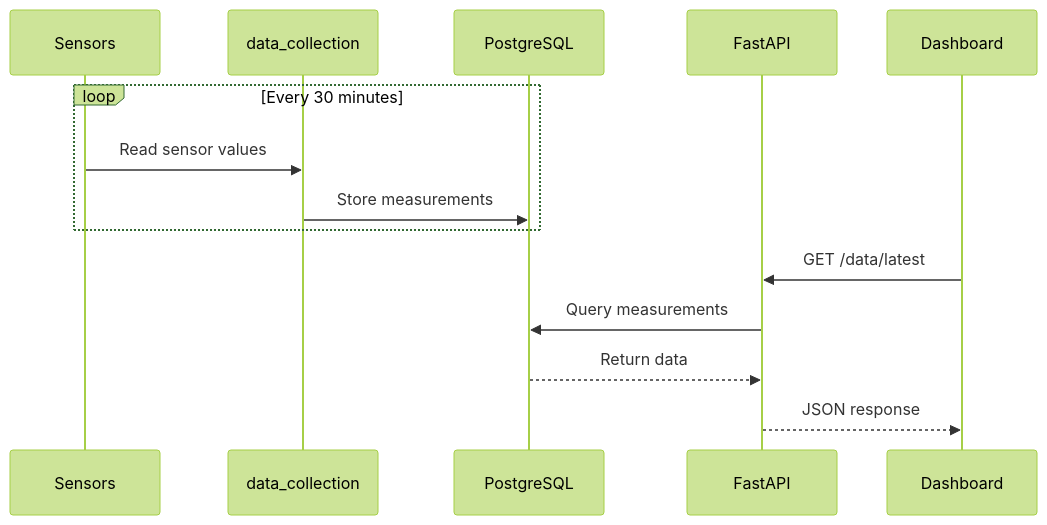
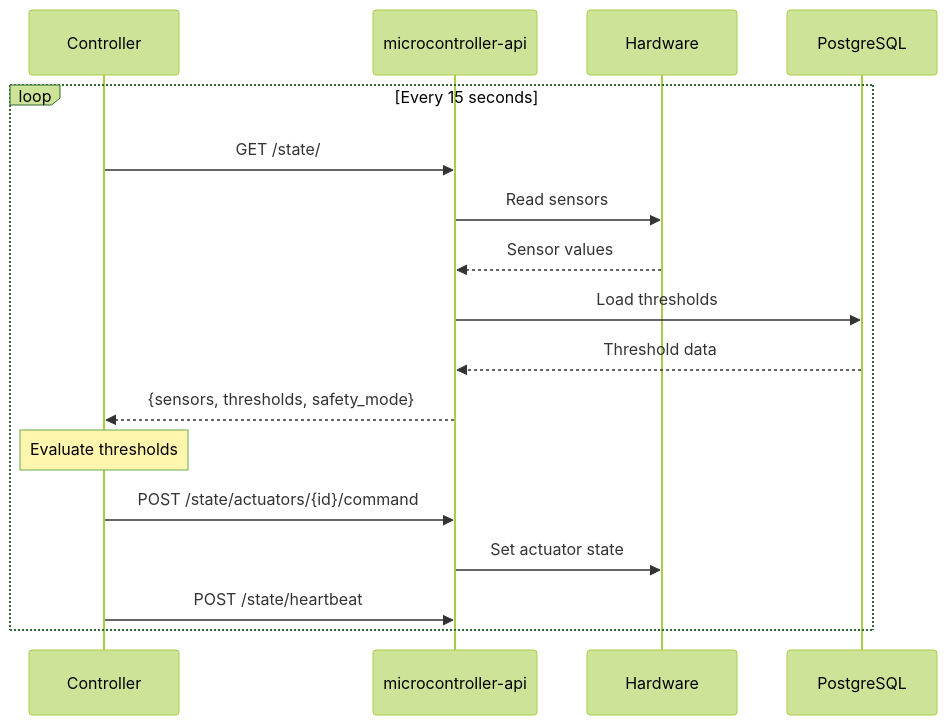
The second of 3 diagrams in docs/architecture/overview.md (GreenThumbProject/docs), drawn with Mermaid (forest theme) before and after one commit. The commit also changed other lines of this file and 17 other files, not shown here.

````diff
--- a/docs/architecture/overview.md
+++ b/docs/architecture/overview.md
@@ -105,18 +114,23 @@
 ```mermaid
 sequenceDiagram
-    participant S as Sensors
-    participant DC as data_collection
+    participant CTRL as Controller
+    participant API as microcontroller-api
+    participant HW as Hardware
     participant DB as PostgreSQL
-    participant API as FastAPI
-    participant UI as Dashboard
     
-    loop Every 30 minutes
-        S->>DC: Read sensor values
-        DC->>DB: Store measurements
+    loop Every 15 seconds
+        CTRL->>API: GET /state/
+        API->>HW: Read sensors
+        HW-->>API: Sensor values
+        API->>DB: Load thresholds
+        DB-->>API: Threshold data
+        API-->>CTRL: {sensors, thresholds, safety_mode}
+        
+        Note over CTRL: Evaluate thresholds
+        
+        CTRL->>API: POST /state/actuators/{id}/command
+        API->>HW: Set actuator state
+        
+        CTRL->>API: POST /state/heartbeat
     end
-    
-    UI->>API: GET /data/latest
-    API->>DB: Query measurements
-    DB-->>API: Return data
-    API-->>UI: JSON response
 ```
````
